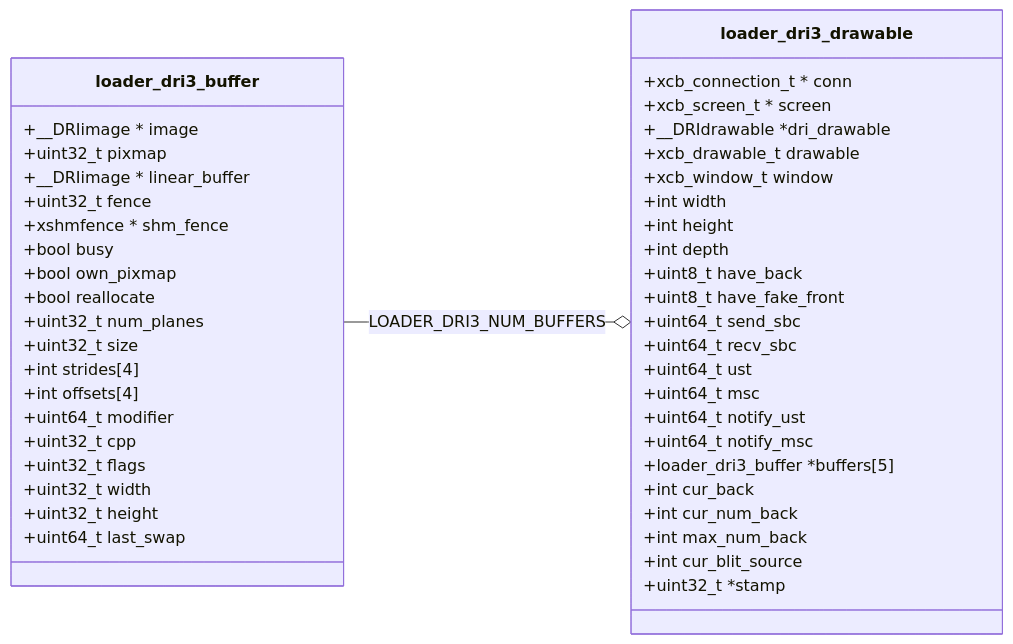
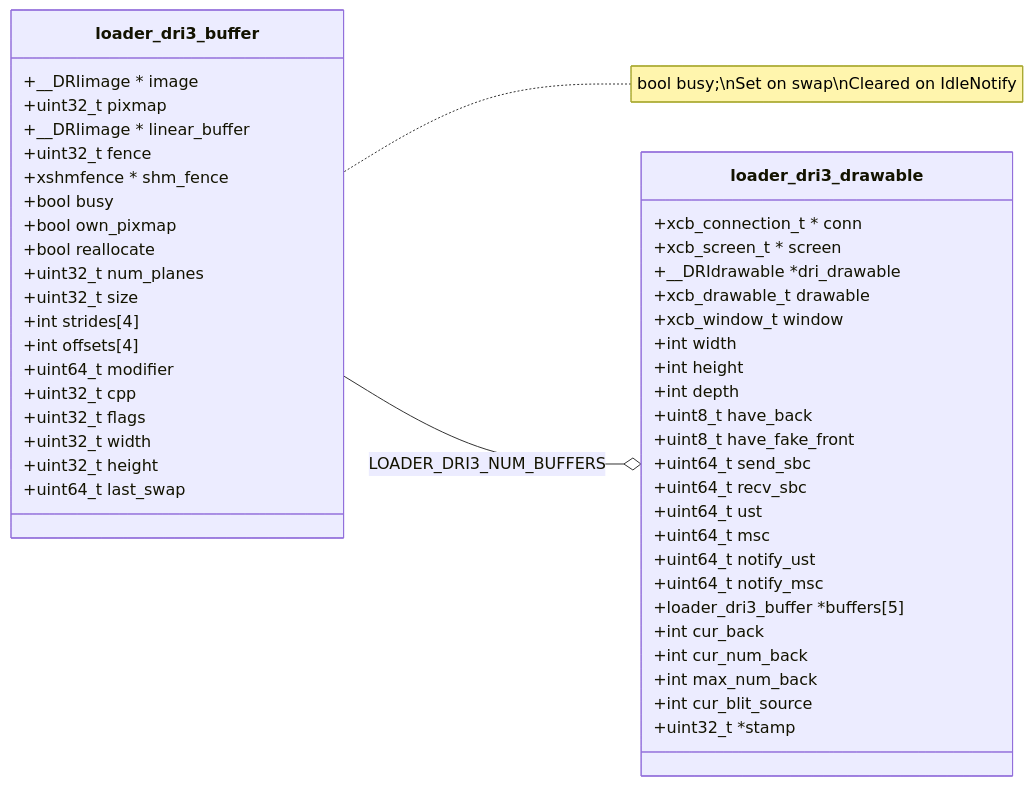
Before and after one commit to lucmann/lucmann.github.io: the first of 3 diagrams in source/_posts/gfx/dri3.md, drawn with Mermaid. The commit also changed other lines of this file, not shown here.

Commit message:
gfx: dri3

````diff
--- a/source/_posts/gfx/dri3.md
+++ b/source/_posts/gfx/dri3.md
@@ -28,49 +28,50 @@
 ```mermaid
 classDiagram
     direction RL
     loader_dri3_drawable o-- loader_dri3_buffer : LOADER_DRI3_NUM_BUFFERS
     class loader_dri3_drawable{
         +xcb_connection_t * conn
         +xcb_screen_t * screen
         +__DRIdrawable *dri_drawable
         +xcb_drawable_t drawable
         +xcb_window_t window
         +int width
         +int height
         +int depth
         +uint8_t have_back
         +uint8_t have_fake_front
         +uint64_t send_sbc
         +uint64_t recv_sbc
         +uint64_t ust
         +uint64_t msc
         +uint64_t notify_ust
         +uint64_t notify_msc
         +loader_dri3_buffer *buffers[5]
         +int cur_back
         +int cur_num_back
         +int max_num_back
         +int cur_blit_source
         +uint32_t *stamp
     }
+    note for loader_dri3_buffer "bool busy;\nSet on swap\nCleared on IdleNotify"
     class loader_dri3_buffer{
         +__DRIimage * image
         +uint32_t pixmap
         +__DRIimage * linear_buffer
         +uint32_t fence
         +xshmfence * shm_fence
         +bool busy
         +bool own_pixmap
         +bool reallocate
         +uint32_t num_planes
         +uint32_t size
         +int strides[4]
         +int offsets[4]
         +uint64_t modifier
         +uint32_t cpp
         +uint32_t flags
         +uint32_t width
         +uint32_t height
         +uint64_t last_swap
     }
 ```
````
